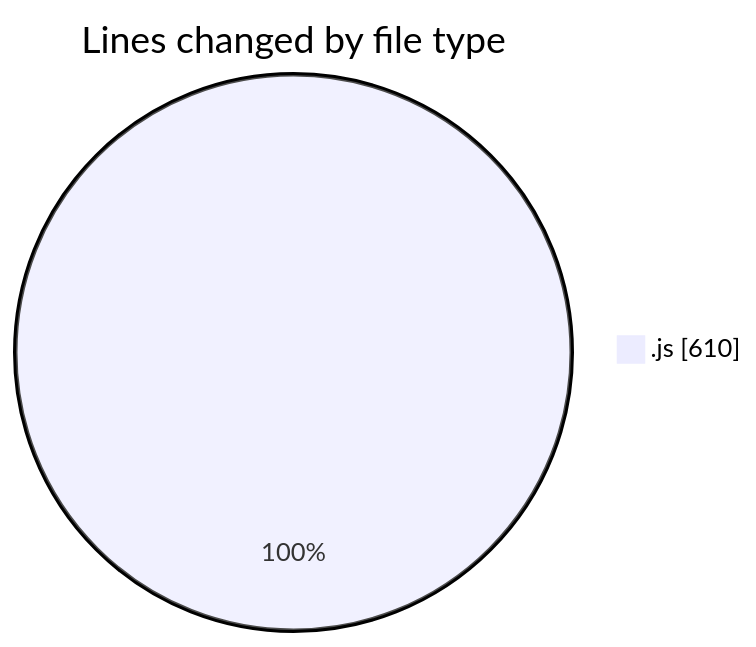
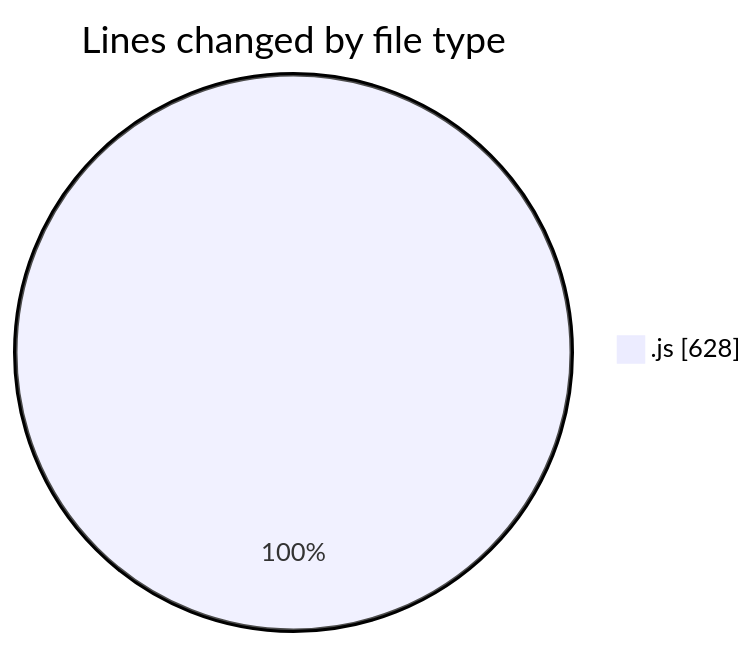
The first of 2 diagrams in 2025-07-26/javascript/README.md (Ritupan-Deka/code-tracking), drawn with Mermaid before and after one commit. The commit also changed other lines of this file and 1 other file, not shown here.

````diff
--- a/2025-07-26/javascript/README.md
+++ b/2025-07-26/javascript/README.md
@@ -21,5 +21,5 @@
 ```mermaid
 pie showData
 title Lines changed by file type
-".js" : 610
+".js" : 628
 ```
````
